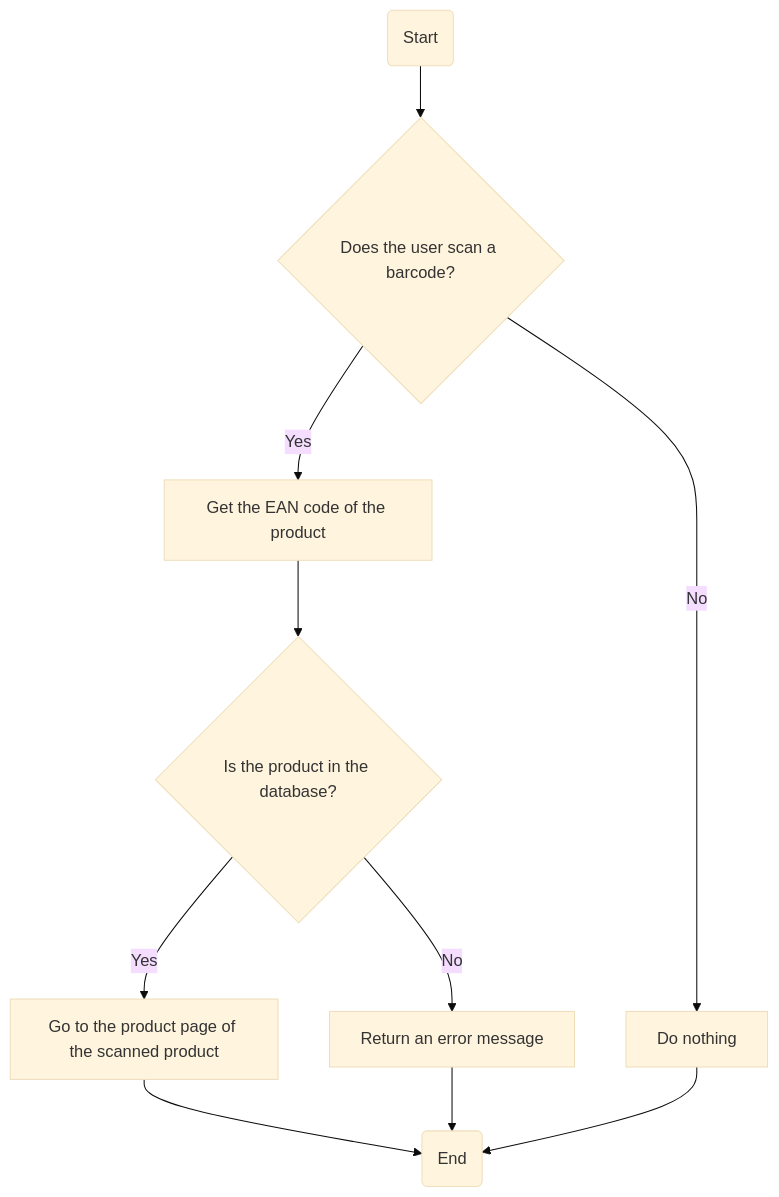
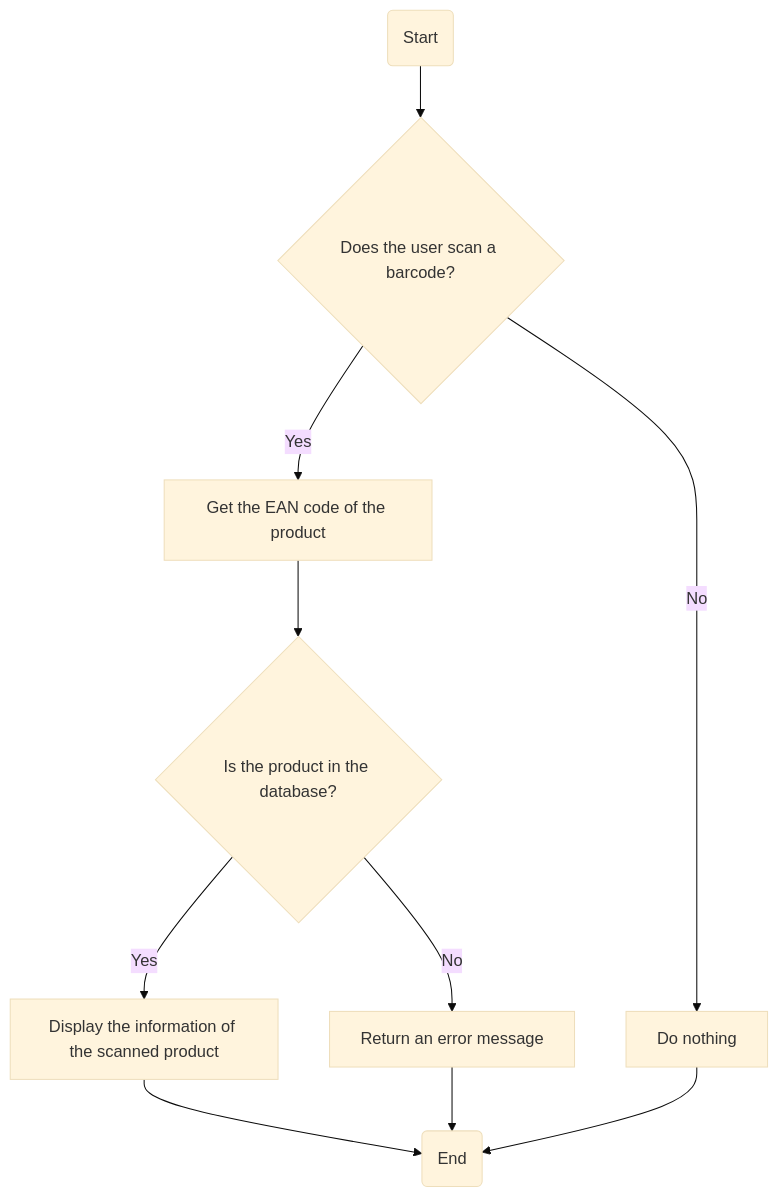
The eighth of 11 diagrams in Documents/Technical/technical_specifications.md (algosup/2024-2025-project-5-bubble-intermarche-team-2), drawn with Mermaid (base theme) before and after one commit. The commit also changed other lines of this file, not shown here.

````diff
--- a/Documents/Technical/technical_specifications.md
+++ b/Documents/Technical/technical_specifications.md
@@ -340,12 +408,12 @@
 ```mermaid
 graph TD
     A(Start) --> B{Does the user scan a barcode?}
     B -->|Yes| C[Get the EAN code of the product]
     B -->|No| D[Do nothing]
     C --> E{Is the product in the database?}
-    E -->|Yes| F[Go to the product page of the scanned product]
+    E -->|Yes| F[Display the information of the scanned product]
     E -->|No| G[Return an error message]
     F --> H(End)
     D --> H
     G --> H
 ```
````
